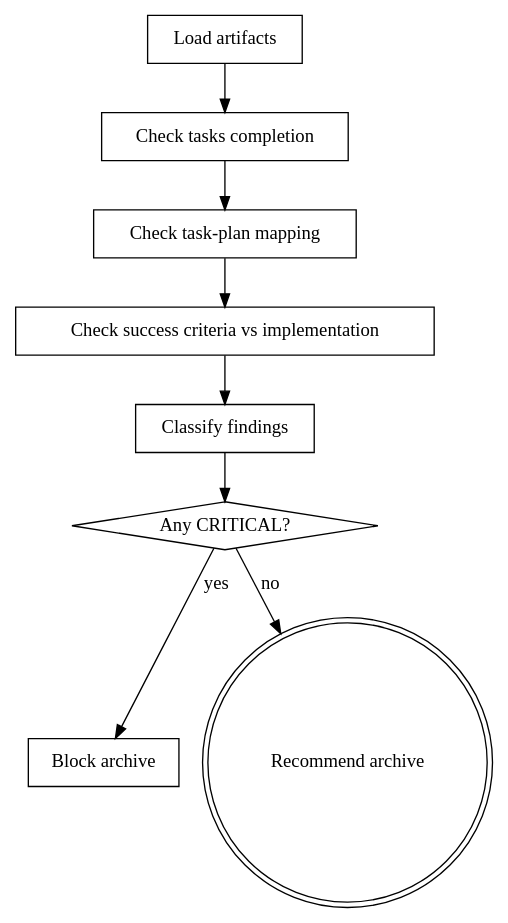
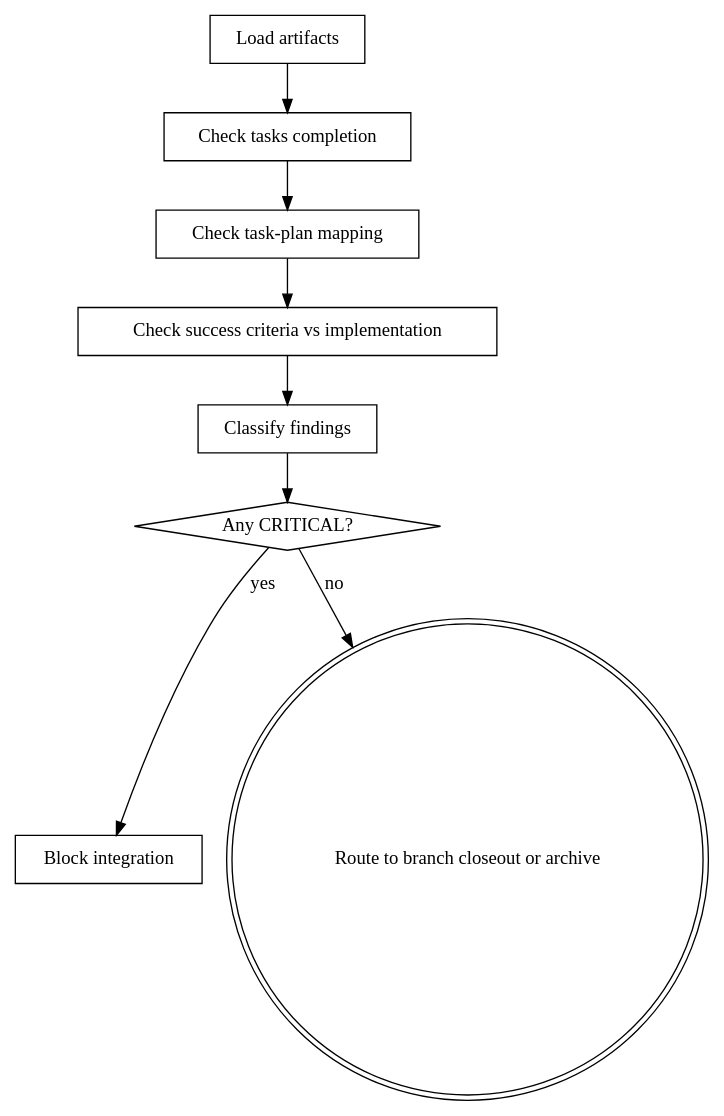
Before and after one commit to jieli-cqwl/org-claude-skills: the diagram in community/superpowers/skills/verify-change/SKILL.md, drawn with Graphviz. The commit also changed other lines of this file and 13 other files, not shown here.

Commit message:
fix: enforce closeout routing before branch finalization

````diff
--- a/community/superpowers/skills/verify-change/SKILL.md
+++ b/community/superpowers/skills/verify-change/SKILL.md
@@ -30,20 +30,20 @@
 ```dot
 digraph verify_change {
     "Load artifacts" [shape=box];
     "Check tasks completion" [shape=box];
     "Check task-plan mapping" [shape=box];
     "Check success criteria vs implementation" [shape=box];
     "Classify findings" [shape=box];
     "Any CRITICAL?" [shape=diamond];
-    "Block archive" [shape=box];
-    "Recommend archive" [shape=doublecircle];
+    "Block integration" [shape=box];
+    "Route to branch closeout or archive" [shape=doublecircle];
 
     "Load artifacts" -> "Check tasks completion";
     "Check tasks completion" -> "Check task-plan mapping";
     "Check task-plan mapping" -> "Check success criteria vs implementation";
     "Check success criteria vs implementation" -> "Classify findings";
     "Classify findings" -> "Any CRITICAL?";
-    "Any CRITICAL?" -> "Block archive" [label="yes"];
-    "Any CRITICAL?" -> "Recommend archive" [label="no"];
+    "Any CRITICAL?" -> "Block integration" [label="yes"];
+    "Any CRITICAL?" -> "Route to branch closeout or archive" [label="no"];
 }
 ```
````
